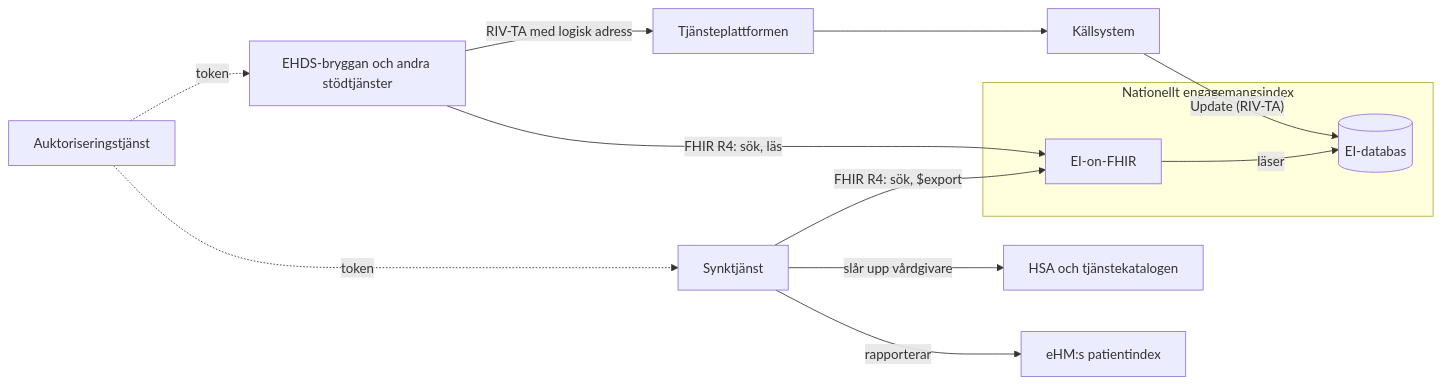
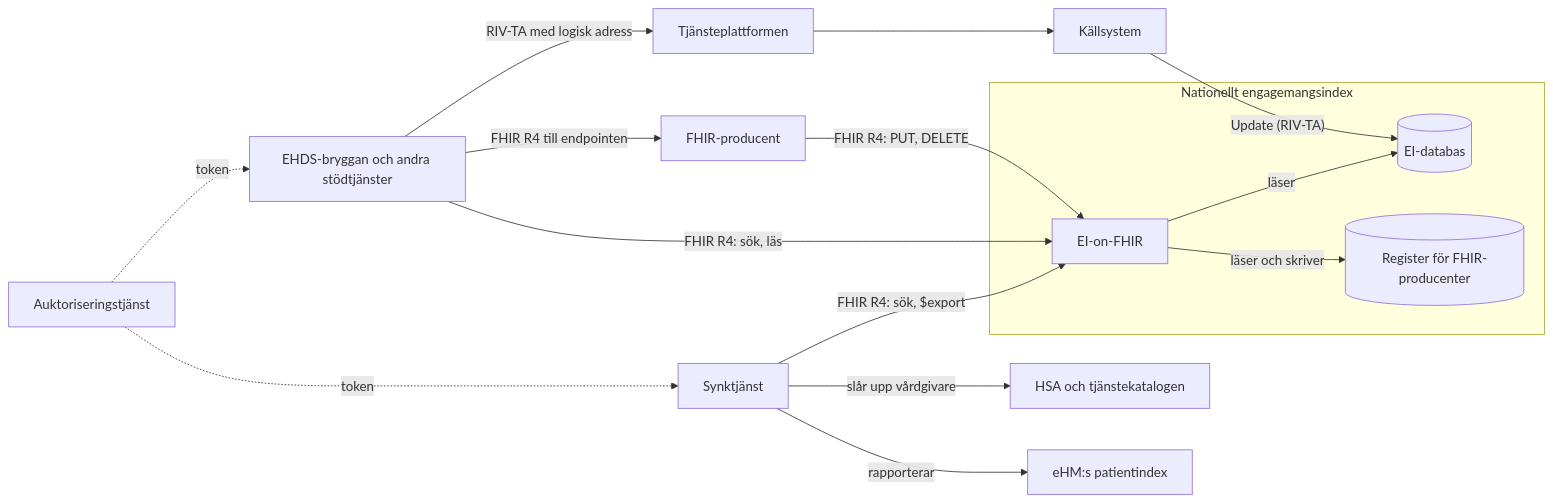
The first of 5 diagrams in sad/ei-on-fhir-sad.md (Inera-AB/EI-on-FHIR), drawn with Mermaid before and after one commit. The commit also changed other lines of this file and 20 other files, not shown here.

First line of the commit message:
feat: add a register for FHIR producers alongside the EI entries

````diff
--- a/sad/ei-on-fhir-sad.md
+++ b/sad/ei-on-fhir-sad.md
@@ -52,17 +57,21 @@
 ```mermaid
 flowchart LR
   KS[Källsystem] -- "Update (RIV-TA)" --> EIDB
   subgraph EI [Nationellt engagemangsindex]
     EIDB[(EI-databas)]
     API[EI-on-FHIR]
+    REG[(Register för FHIR-producenter)]
     API -- läser --> EIDB
+    API -- läser och skriver --> REG
   end
+  FP[FHIR-producent] -- "FHIR R4: PUT, DELETE" --> API
   BRY[EHDS-bryggan och andra stödtjänster] -- "FHIR R4: sök, läs" --> API
+  BRY -- "FHIR R4 till endpointen" --> FP
   SYNC[Synktjänst] -- "FHIR R4: sök, $export" --> API
   SYNC -- "slår upp vårdgivare" --> HSA[HSA och tjänstekatalogen]
   SYNC -- "rapporterar" --> PDI[eHM:s patientindex]
   BRY -- "RIV-TA med logisk adress" --> NTJP[Tjänsteplattformen]
   NTJP --> KS
   AUTH[Auktoriseringstjänst] -. token .-> BRY
   AUTH -. token .-> SYNC
 ```
````
